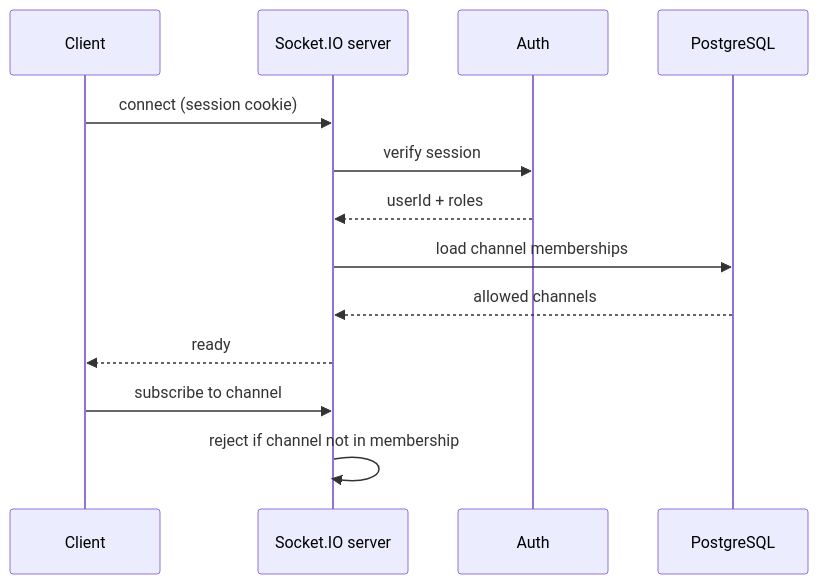
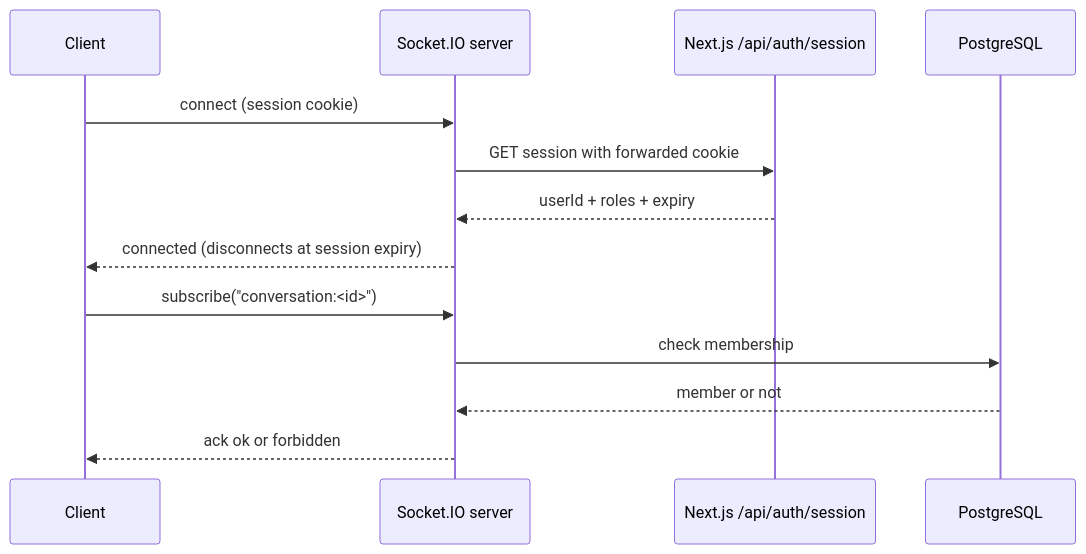
One commit to hydrafog/thesis-coordinator changed the diagram in docs/architecture/realtime.md. Above: the diagram before and after it, drawn with Mermaid. The commit also changed other lines of this file and 96 other files, not shown here.

````diff
--- a/docs/architecture/realtime.md
+++ b/docs/architecture/realtime.md
@@ -7,16 +7,16 @@
 ```mermaid
 sequenceDiagram
 	participant C as Client
 	participant S as Socket.IO server
-	participant A as Auth
+	participant A as Next.js /api/auth/session
 	participant P as PostgreSQL
 
 	C->>S: connect (session cookie)
-	S->>A: verify session
-	A-->>S: userId + roles
-	S->>P: load channel memberships
-	P-->>S: allowed channels
-	S-->>C: ready
-	C->>S: subscribe to channel
-	S->>S: reject if channel not in membership
+	S->>A: GET session with forwarded cookie
+	A-->>S: userId + roles + expiry
+	S-->>C: connected (disconnects at session expiry)
+	C->>S: subscribe("conversation:<id>")
+	S->>P: check membership
+	P-->>S: member or not
+	S-->>C: ack ok or forbidden
 ```
````
